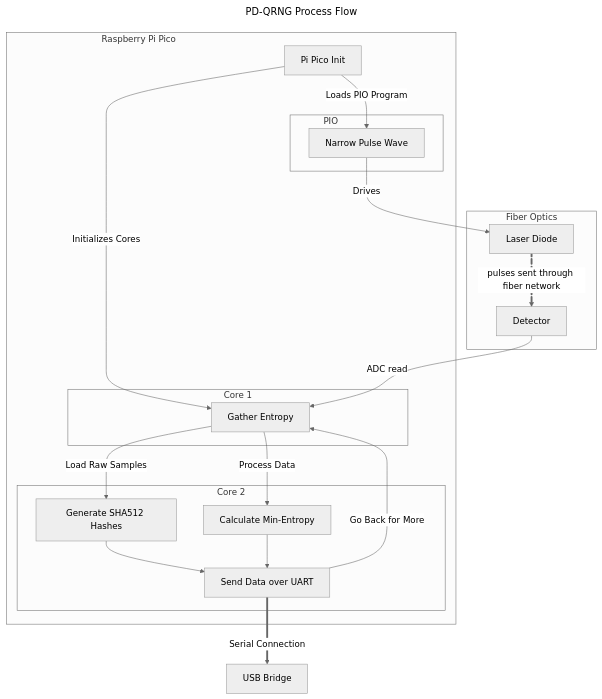
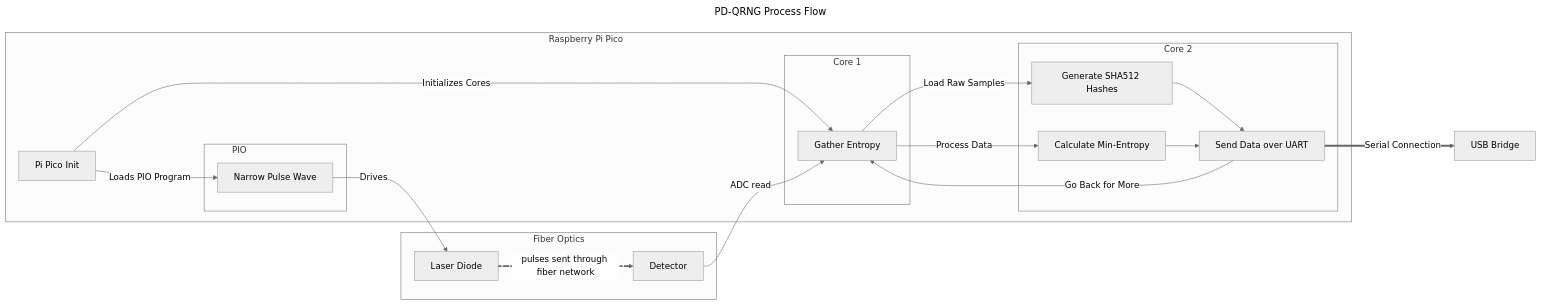
Before and after one commit to QuantumVillage/FiberRanger: the diagram in README.md, drawn with Mermaid (neutral theme).

Commit message:
added flow charts

````diff
--- a/README.md
+++ b/README.md
@@ -9,38 +9,38 @@
 ```mermaid
 ---
 title: PD-QRNG Process Flow
 ---
 
-flowchart TD
+flowchart LR
     subgraph Fiber Optics
     L[Laser Diode]
     D[Detector]
     end
     subgraph R[<div style="width:30em; height:8em; display:flex; justify-content: flex-start;">Raspberry Pi Pico</div>]
         I[Pi Pico Init]
         subgraph PIO [<div style="width:10em; height:8em; display:flex; justify-content: flex-start;">PIO</div>]
         A[Narrow Pulse Wave]
         end
         subgraph Core 1
         G[Gather Entropy]
         end
         subgraph Core 2
         M[Calculate Min-Entropy]
         S[Generate SHA512 Hashes]
         U[Send Data over UART]
         end
     end
     B[USB Bridge]
     I -->|Initializes Cores| G[Gather Entropy]
     I -->|Loads PIO Program| A
     D -->|ADC read| G
     G -->|Process Data| M
     G -->|Load Raw Samples| S
     S --> U
     M --> U
     U -->|Go Back for More| G
     A  -->|Drives| L
     L e1@==>|pulses sent through fiber network| D
     e1@{ animate: true }
     U ==>|Serial Connection| B
 ```
````
